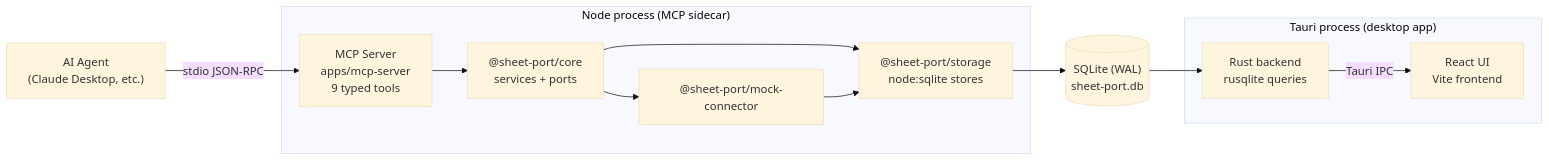
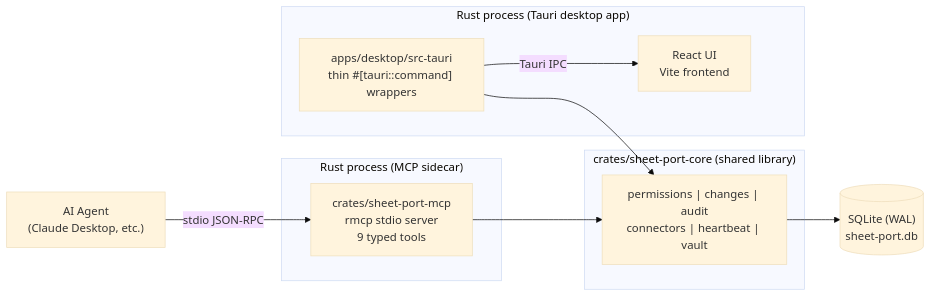
Before and after one commit to h1dr0nn/airtable-sheet-port: the first of 3 diagrams in docs/architecture.md, drawn with Mermaid (base theme). The commit also changed other lines of this file and 13 other files, not shown here.

````diff
--- a/docs/architecture.md
+++ b/docs/architecture.md
@@ -17,26 +25,24 @@
 ```mermaid
 flowchart LR
   Agent["AI Agent<br/>(Claude Desktop, etc.)"]
   DB[("SQLite (WAL)<br/>sheet-port.db")]
 
-  subgraph Sidecar["Node process (MCP sidecar)"]
-    MCP["MCP Server<br/>apps/mcp-server<br/>9 typed tools"]
-    Core["@sheet-port/core<br/>services + ports"]
-    Mock["@sheet-port/mock-connector"]
-    Storage["@sheet-port/storage<br/>node:sqlite stores"]
+  subgraph Sidecar["Rust process (MCP sidecar)"]
+    MCP["crates/sheet-port-mcp<br/>rmcp stdio server<br/>9 typed tools"]
   end
 
-  subgraph Desktop["Tauri process (desktop app)"]
-    Rust["Rust backend<br/>rusqlite queries"]
+  subgraph Core["crates/sheet-port-core (shared library)"]
+    Logic["permissions | changes | audit<br/>connectors | heartbeat | vault"]
+  end
+
+  subgraph Desktop["Rust process (Tauri desktop app)"]
+    Rust["apps/desktop/src-tauri<br/>thin #[tauri::command] wrappers"]
     React["React UI<br/>Vite frontend"]
   end
 
   Agent -->|stdio JSON-RPC| MCP
-  MCP --> Core
-  Core --> Mock
-  Core --> Storage
-  Mock --> Storage
-  Storage --> DB
-  DB --> Rust
+  MCP --> Logic
+  Rust --> Logic
+  Logic --> DB
   Rust -->|Tauri IPC| React
 ```
````
